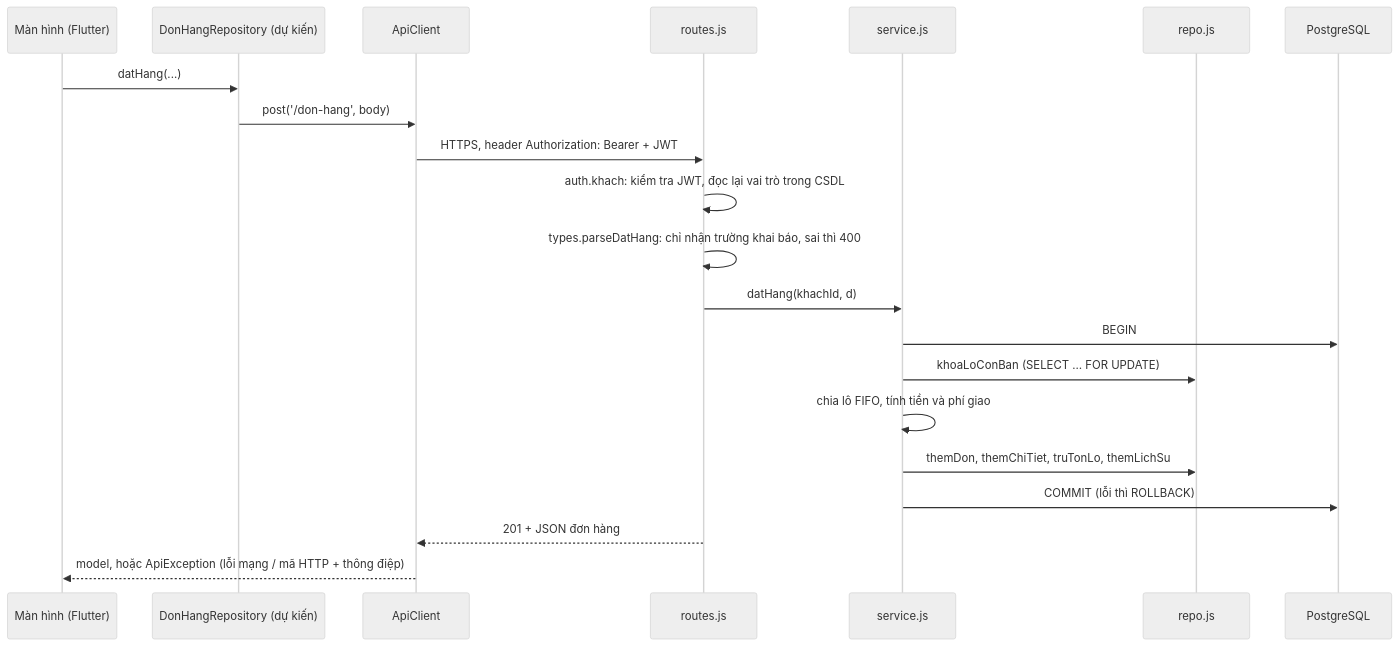
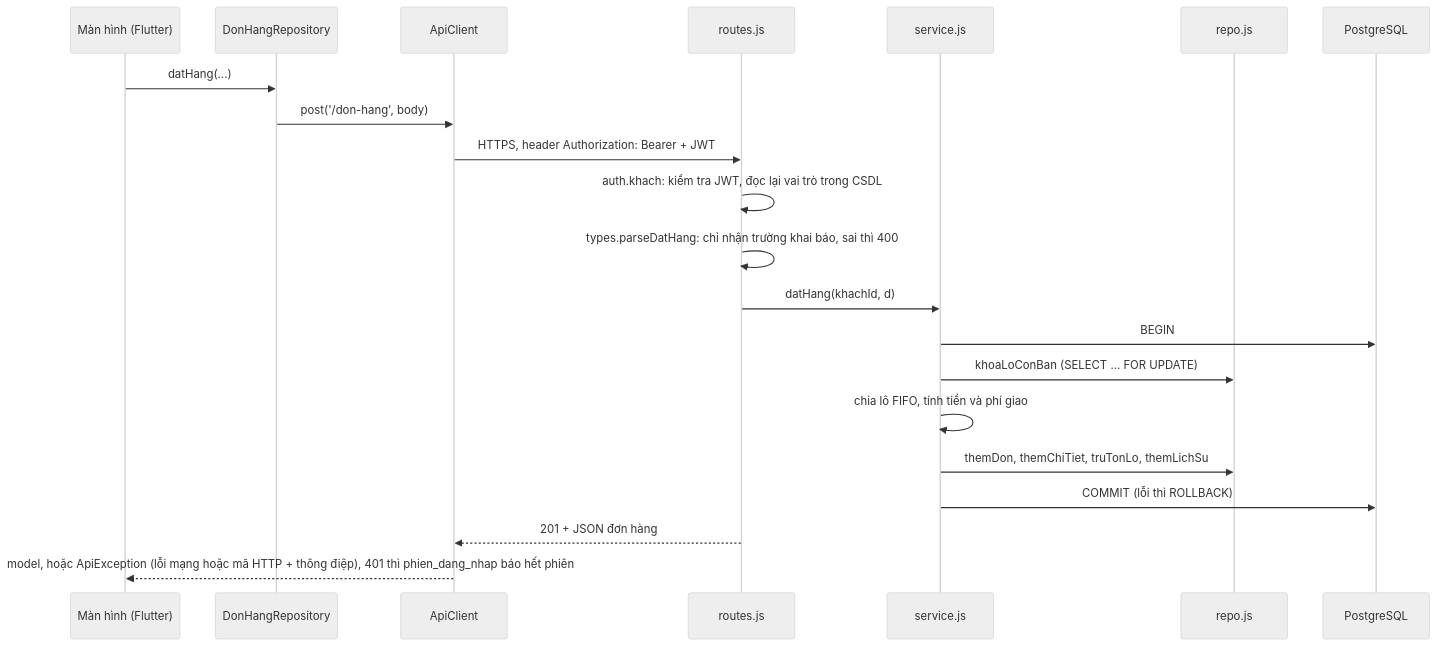
The second of 2 diagrams in docs/development/Architecture.md (TruongSoCute/Gugugaga-AndroidProject), drawn with Mermaid (neutral theme) before and after one commit. The commit also changed other lines of this file and 3 other files, not shown here.

First line of the commit message:
Tai lieu: cap nhat Architecture, Plan, README theo hai app moi

````diff
--- a/docs/development/Architecture.md
+++ b/docs/development/Architecture.md
@@ -53,23 +53,23 @@
 ```mermaid
 sequenceDiagram
   participant M as Màn hình (Flutter)
-  participant RP as DonHangRepository (dự kiến)
+  participant RP as DonHangRepository
   participant AC as ApiClient
   participant RT as routes.js
   participant SV as service.js
   participant RE as repo.js
   participant DB as PostgreSQL
   M->>RP: datHang(...)
   RP->>AC: post('/don-hang', body)
   AC->>RT: HTTPS, header Authorization: Bearer + JWT
   RT->>RT: auth.khach: kiểm tra JWT, đọc lại vai trò trong CSDL
   RT->>RT: types.parseDatHang: chỉ nhận trường khai báo, sai thì 400
   RT->>SV: datHang(khachId, d)
   SV->>DB: BEGIN
   SV->>RE: khoaLoConBan (SELECT … FOR UPDATE)
   SV->>SV: chia lô FIFO, tính tiền và phí giao
   SV->>RE: themDon, themChiTiet, truTonLo, themLichSu
   SV->>DB: COMMIT (lỗi thì ROLLBACK)
   RT-->>AC: 201 + JSON đơn hàng
-  AC-->>M: model, hoặc ApiException (lỗi mạng / mã HTTP + thông điệp)
+  AC-->>M: model, hoặc ApiException (lỗi mạng hoặc mã HTTP + thông điệp), 401 thì phien_dang_nhap báo hết phiên
 ```
````
